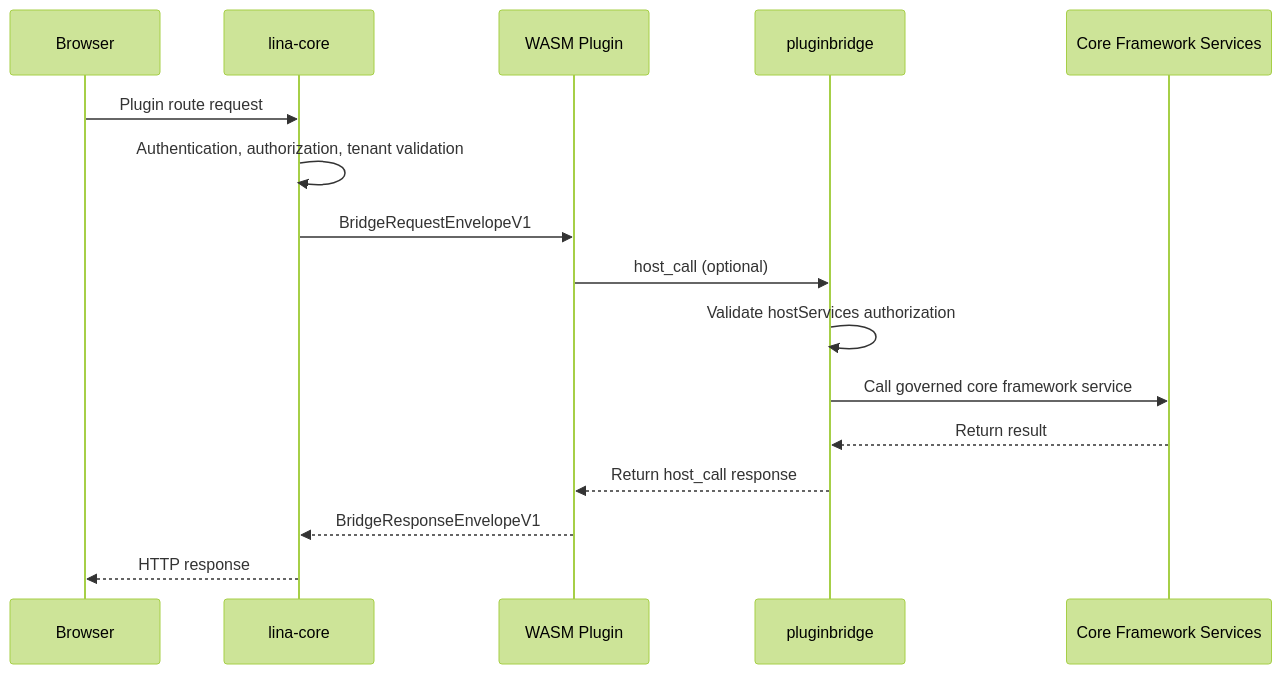
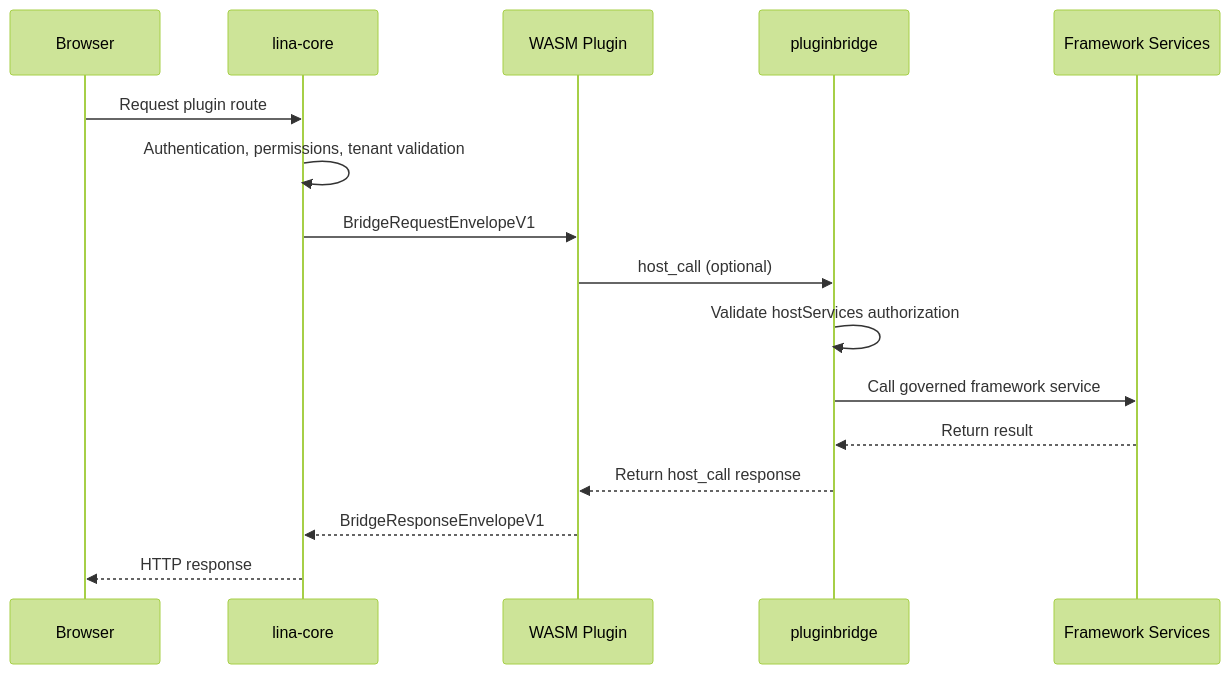
The diagram in apps/lina-site/i18n/en/docusaurus-plugin-content-docs/current/docs/2000-components/5000-plugin-system/2000-wasm-plugins.md (linaproai/linapro-site), drawn with Mermaid (forest theme) before and after one commit. The commit also changed other lines of this file and 138 other files, not shown here.

````diff
--- a/apps/lina-site/i18n/en/docusaurus-plugin-content-docs/current/docs/2000-components/5000-plugin-system/2000-wasm-plugins.md
+++ b/apps/lina-site/i18n/en/docusaurus-plugin-content-docs/current/docs/2000-components/5000-plugin-system/2000-wasm-plugins.md
@@ -69,19 +69,19 @@
 ```mermaid
 sequenceDiagram
     participant Browser as Browser
     participant Core as lina-core
     participant Wasm as WASM Plugin
     participant Bridge as pluginbridge
-    participant HostSvc as Core Framework Services
+    participant HostSvc as Framework Services
 
-    Browser->>Core: Plugin route request
-    Core->>Core: Authentication, authorization, tenant validation
+    Browser->>Core: Request plugin route
+    Core->>Core: Authentication, permissions, tenant validation
     Core->>Wasm: BridgeRequestEnvelopeV1
     Wasm->>Bridge: host_call (optional)
     Bridge->>Bridge: Validate hostServices authorization
-    Bridge->>HostSvc: Call governed core framework service
+    Bridge->>HostSvc: Call governed framework service
     HostSvc-->>Bridge: Return result
     Bridge-->>Wasm: Return host_call response
     Wasm-->>Core: BridgeResponseEnvelopeV1
     Core-->>Browser: HTTP response
 ```
````
